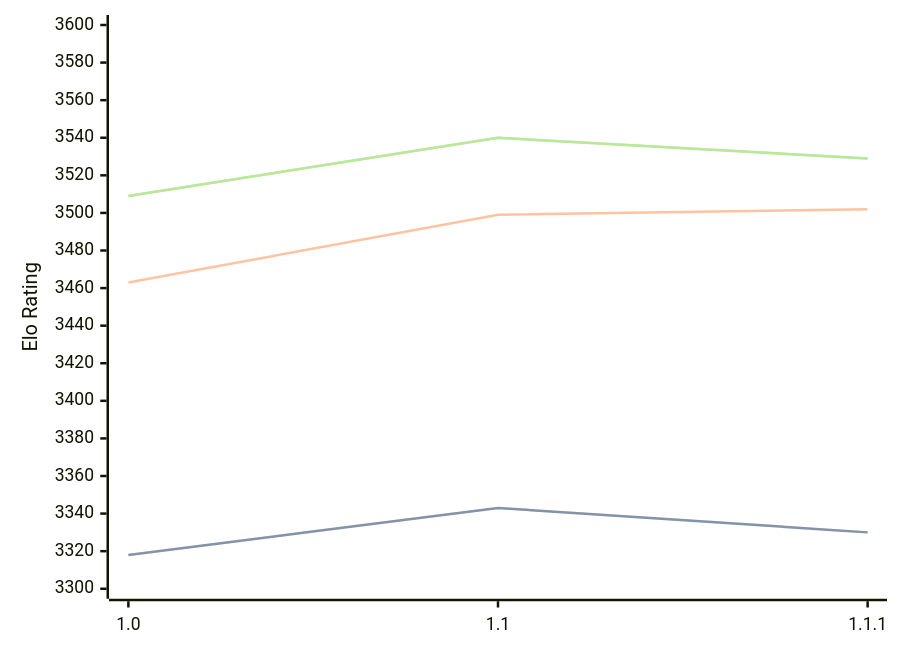
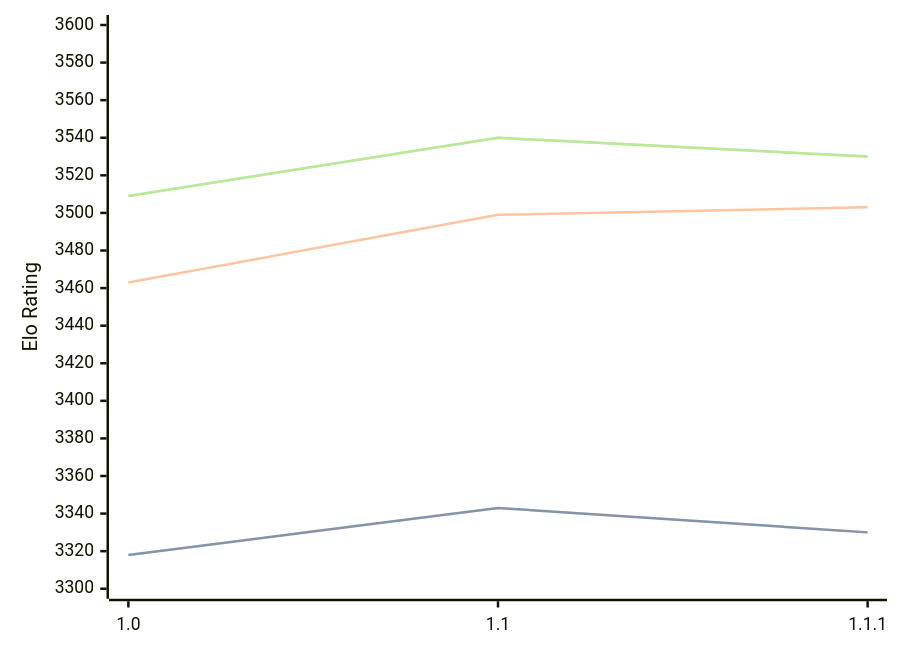
One commit to computer-chess-index/cci changed the diagram in engines/Icarus.md. Above: the diagram before and after it, drawn with Mermaid. The commit also changed other lines of this file, not shown here.

Commit message:
Update CCI Ratings (ELO VLTC) - 2026-09-15

````diff
--- a/engines/Icarus.md
+++ b/engines/Icarus.md
@@ -33,11 +33,11 @@
 ```mermaid
 %%{init: {"theme":"base","themeVariables":{"seriesColors:['#a3a3a3','#222221','#faa371']}}}%%
 xychart-beta
   x-axis ["1.0", "1.1", "1.1.1"]
   y-axis "Elo Rating" 3300 --> 3600
   line "" [3318, 3343, 3330]
   line "STC (8.0+0.08s)" [3318, 3343, 3330]
-  line "LTC (60.0+0.60s)" [3463, 3499, 3502]
-  line "" [3509, 3540, 3529]
-  line "VLTC (2m24s+1.12s)" [3509, 3540, 3529]
+  line "LTC (60.0+0.60s)" [3463, 3499, 3503]
+  line "" [3509, 3540, 3530]
+  line "VLTC (2m24s+1.12s)" [3509, 3540, 3530]
 ```
````
